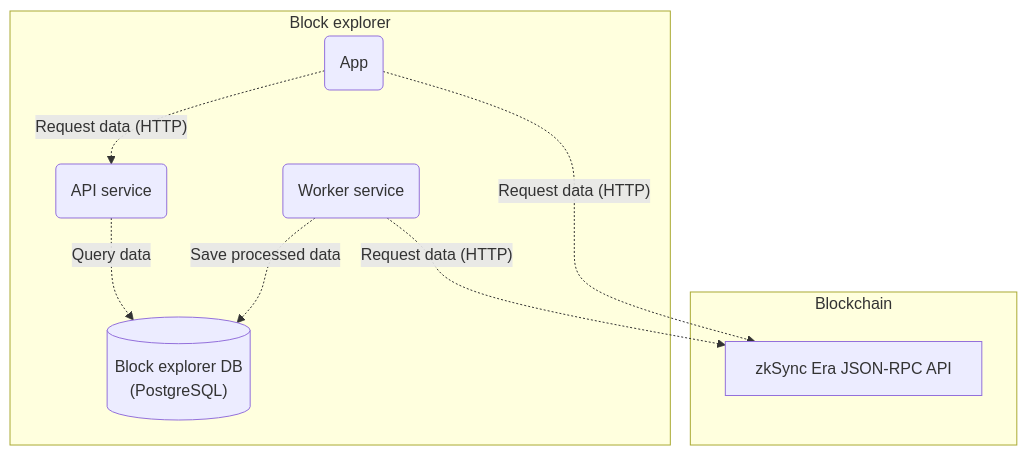
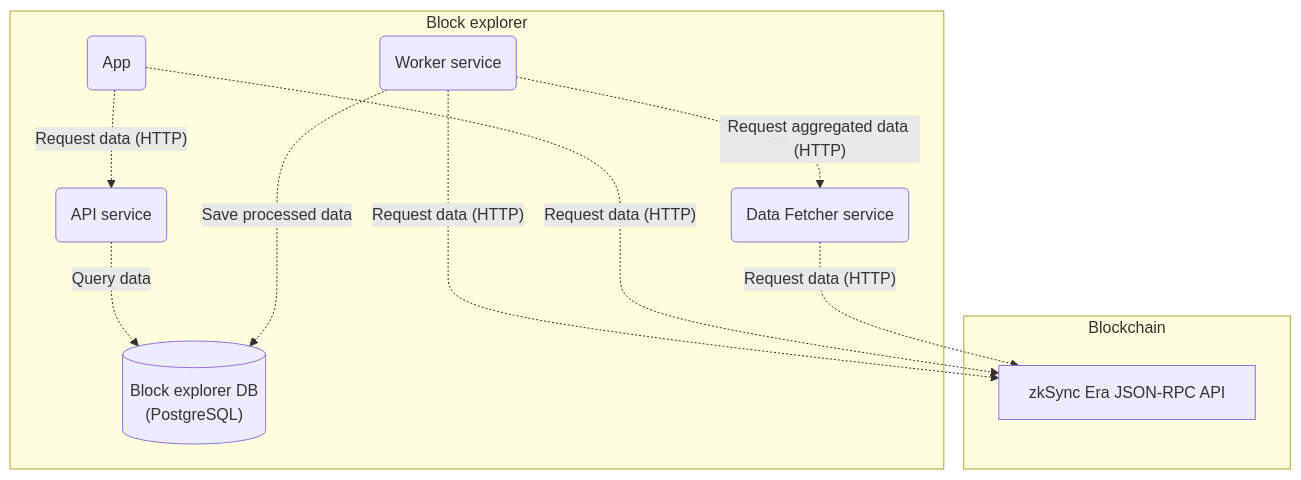
The diagram in README.md (matter-labs/block-explorer), drawn with Mermaid before and after one commit. The commit also changed other lines of this file and 3 other files, not shown here.

Commit message:
docs: change readme files to include information about the data-fetcher

````diff
--- a/README.md
+++ b/README.md
@@ -14,20 +15,24 @@
 ```mermaid
 flowchart
   subgraph blockchain[Blockchain]
     Blockchain[zkSync Era JSON-RPC API]
   end
 
   subgraph explorer[Block explorer]
     Database[("Block explorer DB<br/>(PostgreSQL)")]
     Worker(Worker service)
+    Data-Fetcher(Data Fetcher service)
     API(API service)
     App(App)
+    
+    Worker-."Request aggregated data (HTTP)".->Data-Fetcher
+    Data-Fetcher-."Request data (HTTP)".->Blockchain
+    Worker-.Save processed data.->Database
 
-    Worker-.Save processed data.->Database
     API-.Query data.->Database
     App-."Request data (HTTP)".->API
     App-."Request data (HTTP)".->Blockchain
   end
 
   Worker-."Request data (HTTP)".->Blockchain
 ```
````
